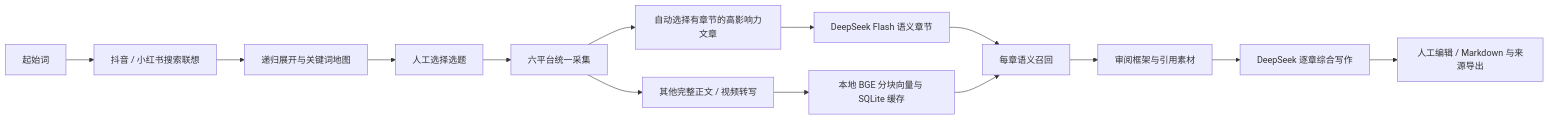
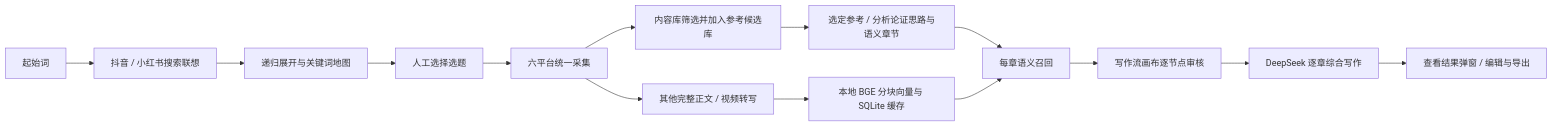
Before and after one commit to TMENG888/KnowFlow: the diagram in docs/CREATION.md, drawn with Mermaid. The commit also changed other lines of this file and 14 other files, not shown here.

````diff
--- a/docs/CREATION.md
+++ b/docs/CREATION.md
@@ -5,16 +5,16 @@
 ```mermaid
 flowchart LR
  A[起始词] --> B[抖音 / 小红书搜索联想]
  B --> C[递归展开与关键词地图]
  C --> D[人工选择选题]
  D --> E[六平台统一采集]
- E --> F[自动选择有章节的高影响力文章]
- F --> G[DeepSeek Flash 语义章节]
+ E --> F[内容库筛选并加入参考候选库]
+ F --> G[选定参考 / 分析论证思路与语义章节]
  E --> H[其他完整正文 / 视频转写]
  H --> I[本地 BGE 分块向量与 SQLite 缓存]
  G --> J[每章语义召回]
  I --> J
- J --> K[审阅框架与引用素材]
+ J --> K[写作流画布逐节点审核]
  K --> L[DeepSeek 逐章综合写作]
- L --> M[人工编辑 / Markdown 与来源导出]
+ L --> M[查看结果弹窗 / 编辑与导出]
 ```
````
